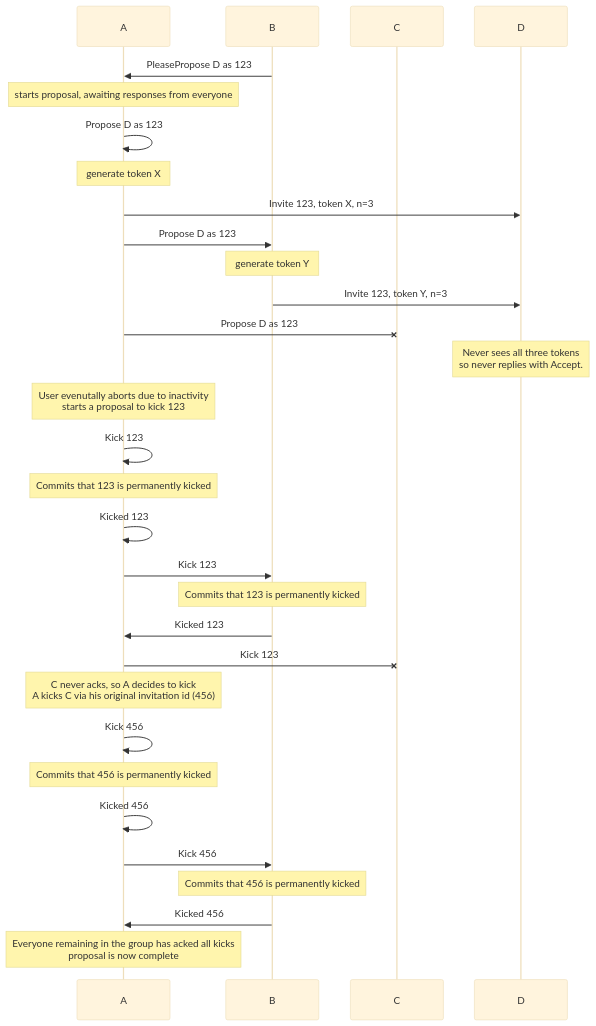
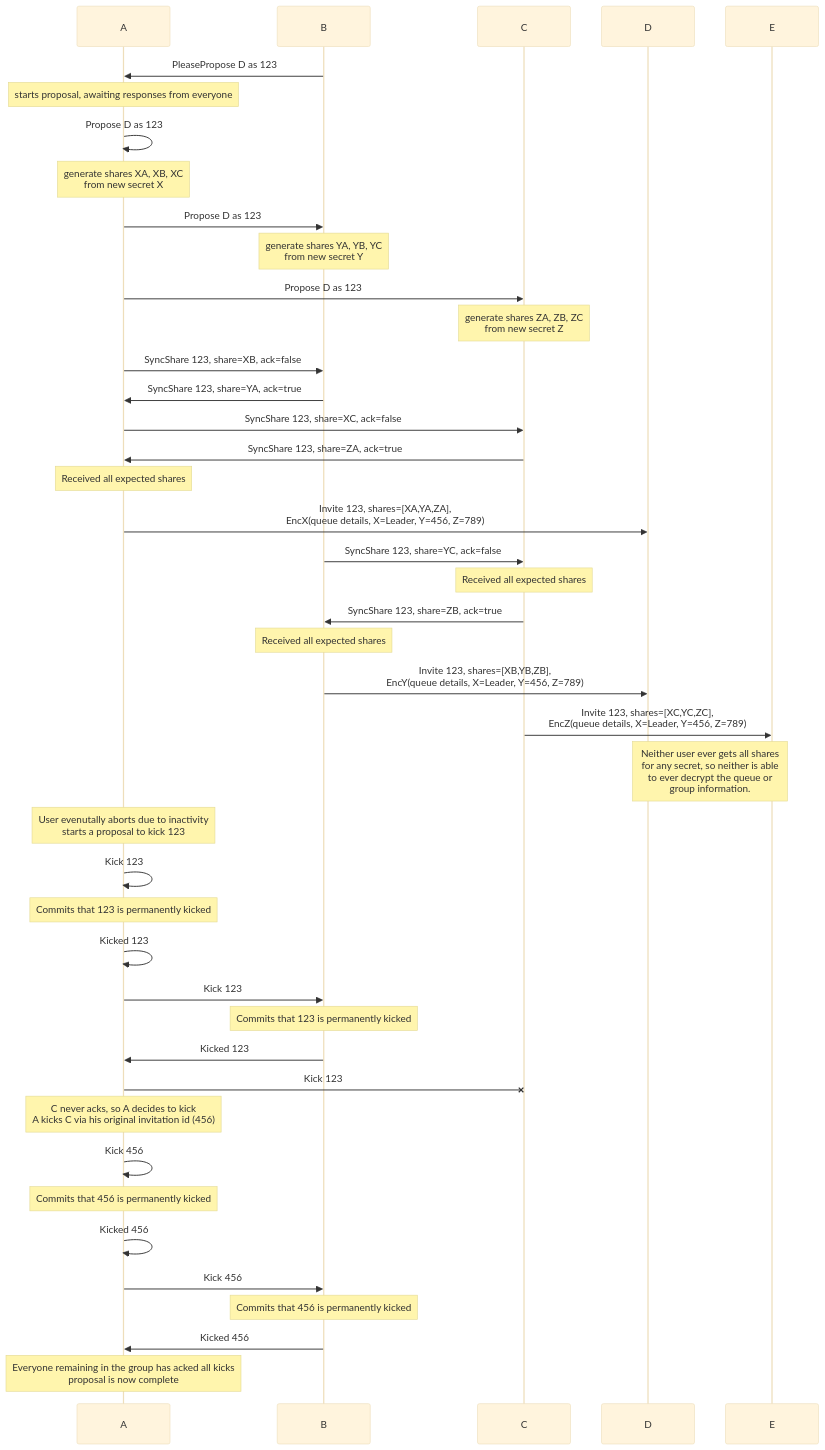
Before and after one commit to simplex-chat/simplexmq: the seventh of 8 diagrams in rfcs/2022-06-11-private-groups.md, drawn with Mermaid (base theme). The commit also changed other lines of this file and 1 other file, not shown here.

Commit message:
Update the remainder of the RFC markdown file to describe the secret splitting approach, rather than the original token based approach.

````diff
--- a/rfcs/2022-06-11-private-groups.md
+++ b/rfcs/2022-06-11-private-groups.md
@@ -473,33 +463,44 @@
 ```mermaid
 sequenceDiagram
     participant A
     participant B
     participant C
     participant D
     B->>A: PleasePropose D as 123
     note over A: starts proposal, awaiting responses from everyone
     A->>A: Propose D as 123
-    note over A: generate token X
-    A->>D: Invite 123, token X, n=3
+    note over A: generate shares XA, XB, XC<br>from new secret X
     A->>B: Propose D as 123
-    note over B: generate token Y
-    B->>D: Invite 123, token Y, n=3
-    A-XC: Propose D as 123
-    note over D: Never sees all three tokens<br>so never replies with Accept.
+    note over B: generate shares YA, YB, YC<br>from new secret Y
+    A->>C: Propose D as 123
+    note over C: generate shares ZA, ZB, ZC<br>from new secret Z
+    A->>B: SyncShare 123, share=XB, ack=false
+    B->>A: SyncShare 123, share=YA, ack=true
+    A->>C: SyncShare 123, share=XC, ack=false
+    C->>A: SyncShare 123, share=ZA, ack=true
+    note over A: Received all expected shares
+    A->>D: Invite 123, shares=[XA,YA,ZA],<br>EncX(queue details, X=Leader, Y=456, Z=789)
+    B->>C: SyncShare 123, share=YC, ack=false
+    note over C: Received all expected shares
+    C->>B: SyncShare 123, share=ZB, ack=true
+    note over B: Received all expected shares
+    B->>D: Invite 123, shares=[XB,YB,ZB],<br>EncY(queue details, X=Leader, Y=456, Z=789)
+    C->>E: Invite 123, shares=[XC,YC,ZC],<br>EncZ(queue details, X=Leader, Y=456, Z=789)
+    note over D,E: Neither user ever gets all shares<br>for any secret, so neither is able<br>to ever decrypt the queue or<br>group information.
     note over A: User evenutally aborts due to inactivity<br>starts a proposal to kick 123
     A->>A: Kick 123
     note over A: Commits that 123 is permanently kicked
     A->>A: Kicked 123
     A->>B: Kick 123
     note over B: Commits that 123 is permanently kicked
     B->>A: Kicked 123
     A-XC: Kick 123
     note over A: C never acks, so A decides to kick<br>A kicks C via his original invitation id (456)
     A->>A: Kick 456
     note over A: Commits that 456 is permanently kicked
     A->>A: Kicked 456
     A->>B: Kick 456
     note over B: Commits that 456 is permanently kicked
     B->>A: Kicked 456
     note over A: Everyone remaining in the group has acked all kicks<br>proposal is now complete
 ```
````
